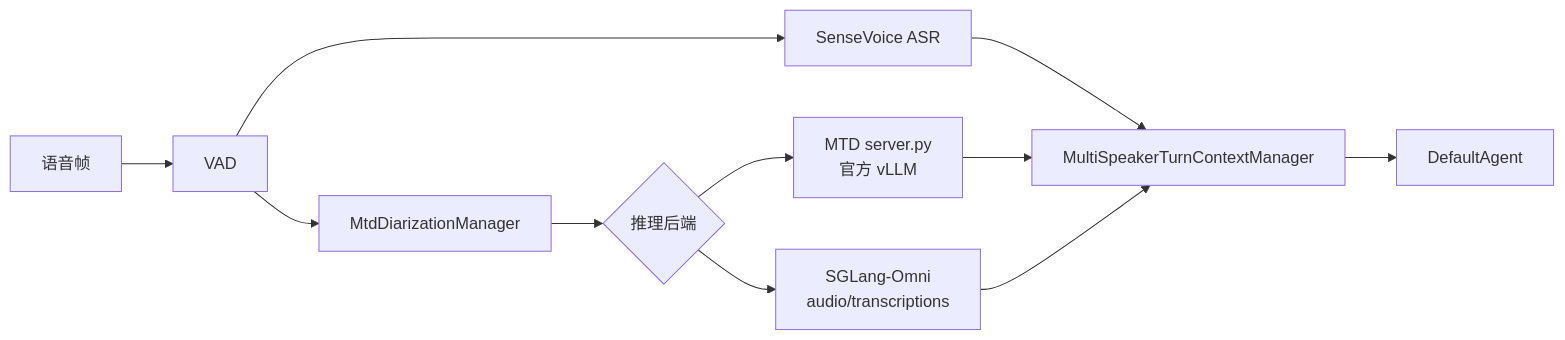
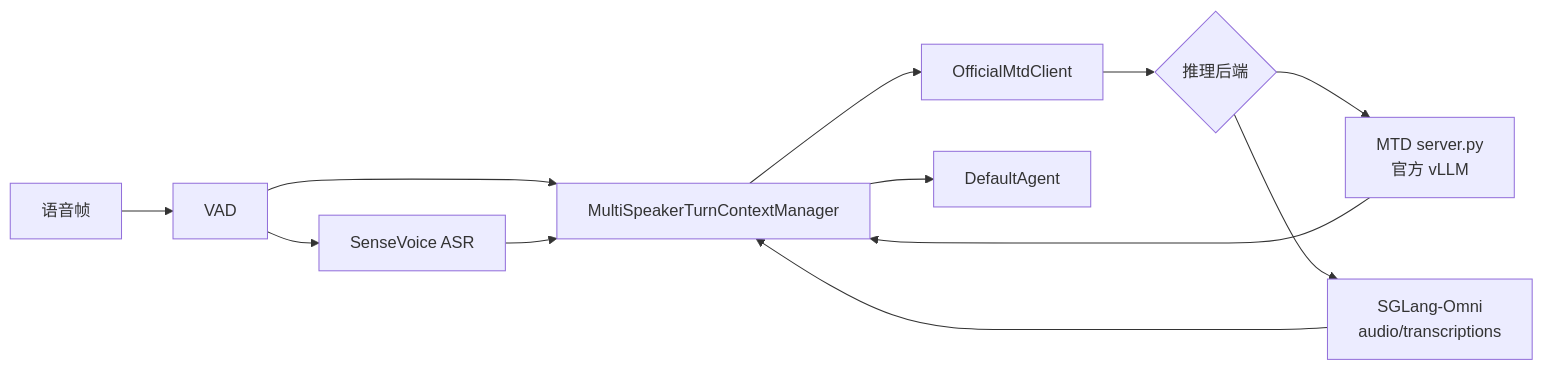
Before and after one commit to xcc-zach/xtalk: the diagram in docs/docs/mtd_multi_speaker_quickstart.zh.md, drawn with Mermaid. The commit also changed other lines of this file and 1 other file, not shown here.

First line of the commit message:
docs: update MTD diarization architecture guide

````diff
--- a/docs/docs/mtd_multi_speaker_quickstart.zh.md
+++ b/docs/docs/mtd_multi_speaker_quickstart.zh.md
@@ -5,13 +5,14 @@
 ```mermaid
 flowchart LR
     Audio[语音帧] --> VAD[VAD]
     VAD --> ASR[SenseVoice ASR]
-    VAD --> MTD[MtdDiarizationManager]
-    MTD --> Backend{推理后端}
+    VAD --> Multi[MultiSpeakerTurnContextManager]
+    Multi --> Model[OfficialMtdClient]
+    Model --> Backend{推理后端}
     Backend --> VLLM[MTD server.py<br/>官方 vLLM]
     Backend --> SGLang[SGLang-Omni<br/>audio/transcriptions]
-    ASR --> Join[MultiSpeakerTurnContextManager]
-    VLLM --> Join
-    SGLang --> Join
-    Join --> Agent[DefaultAgent]
+    ASR --> Multi
+    VLLM --> Multi
+    SGLang --> Multi
+    Multi --> Agent[DefaultAgent]
 ```
````
